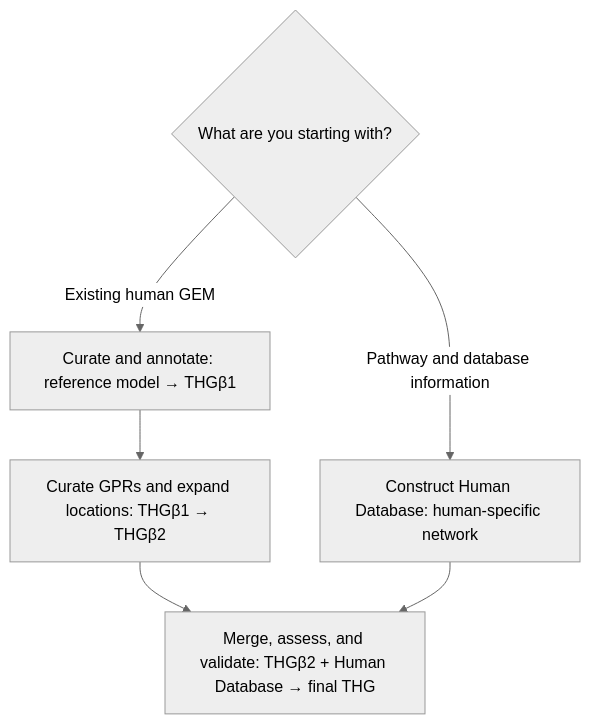
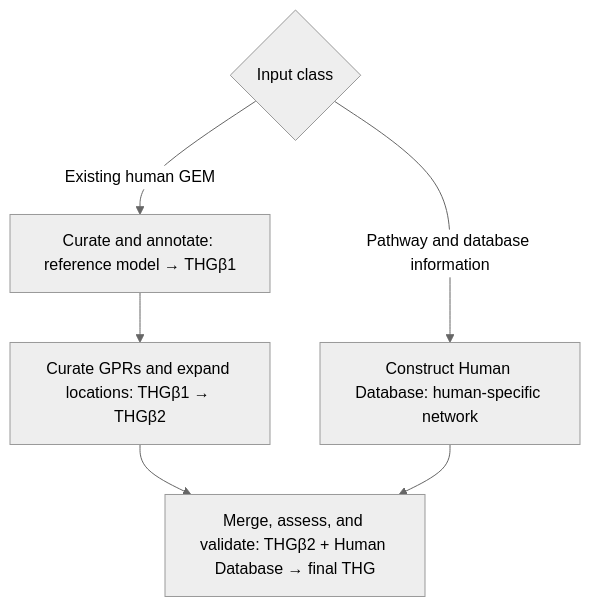
One commit to norle/THG_The-Human-GEM-protocol-standalone changed the diagram in docs/protocol/index.md. Above: the diagram before and after it, drawn with Mermaid (neutral theme). The commit also changed other lines of this file and 8 other files, not shown here.

````diff
--- a/docs/protocol/index.md
+++ b/docs/protocol/index.md
@@ -18,9 +18,9 @@
 ```mermaid
 flowchart TD
-    A{"What are you starting with?"}
+    A{"Input class"}
     A -->|Existing human GEM| B["Curate and annotate: reference model → THGβ1"]
     B --> C["Curate GPRs and expand locations: THGβ1 → THGβ2"]
     A -->|Pathway and database information| D["Construct Human Database: human-specific network"]
     C --> E["Merge, assess, and validate: THGβ2 + Human Database → final THG"]
     D --> E
 ```
````
